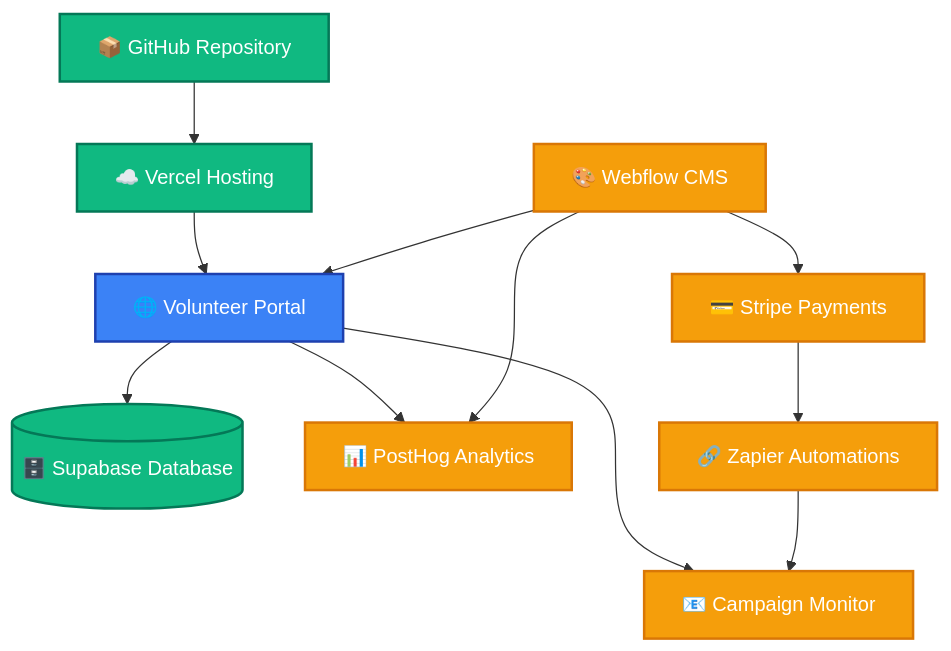
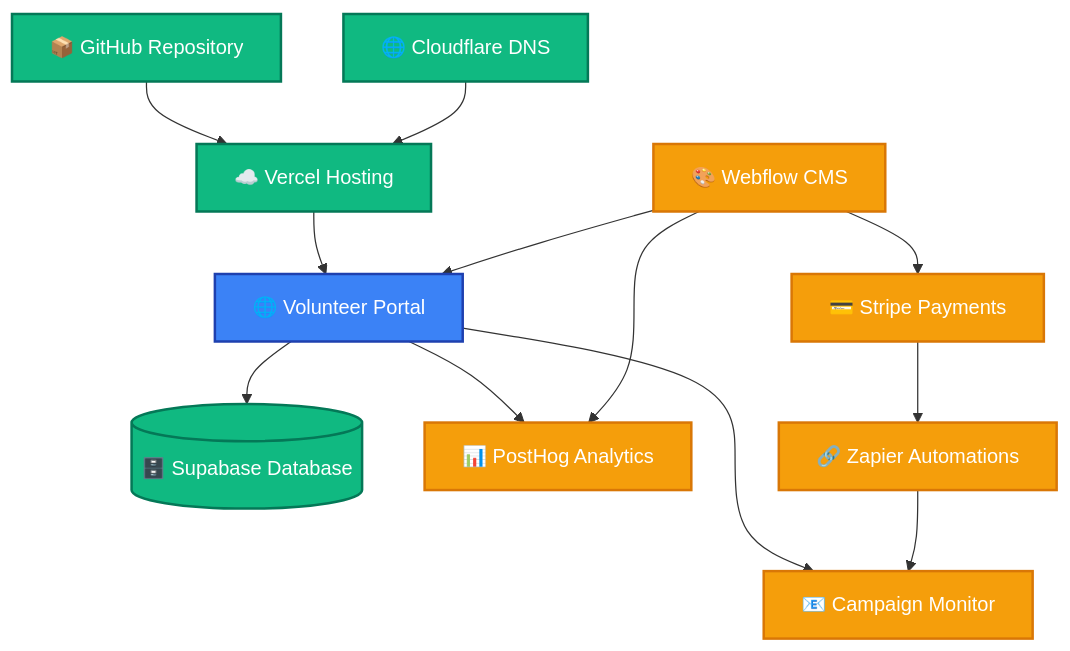
Before and after one commit to everybody-eats-nz/volunteer-portal: the diagram in docs/src/content/docs/developers/developer-access-guide.md, drawn with Mermaid. The commit also changed other lines of this file and 10 other files, not shown here.

````diff
--- a/docs/src/content/docs/developers/developer-access-guide.md
+++ b/docs/src/content/docs/developers/developer-access-guide.md
@@ -27,45 +28,47 @@
 ```mermaid
 graph TB
     %% Core Application
     Portal[🌐 Volunteer Portal]
 
     %% Development & Hosting
     GitHub[📦 GitHub Repository]
     Vercel[☁️ Vercel Hosting]
+    Cloudflare[🌐 Cloudflare DNS]
 
     %% Data & Analytics
     Supabase[(🗄️ Supabase Database)]
     PostHog[📊 PostHog Analytics]
 
     %% Content & Payments
     Webflow[🎨 Webflow CMS]
     Stripe[💳 Stripe Payments]
 
     %% Automation & Communications
     Zapier[🔗 Zapier Automations]
     CampaignMonitor[📧 Campaign Monitor]
 
     %% Connections
     Portal --> Supabase
     Portal --> PostHog
     Portal --> CampaignMonitor
 
     GitHub --> Vercel
+    Cloudflare --> Vercel
     Vercel --> Portal
 
     Webflow --> Stripe
     Webflow --> PostHog
     Stripe --> Zapier
     Zapier --> CampaignMonitor
 
     Webflow --> Portal
 
     %% Styling
     classDef primary fill:#3b82f6,stroke:#1e40af,stroke-width:2px,color:#fff
     classDef secondary fill:#10b981,stroke:#047857,stroke-width:2px,color:#fff
     classDef external fill:#f59e0b,stroke:#d97706,stroke-width:2px,color:#fff
 
     class Portal primary
-    class GitHub,Vercel,Supabase secondary
+    class GitHub,Vercel,Supabase,Cloudflare secondary
     class Webflow,Stripe,Zapier,CampaignMonitor,PostHog external
 ```
````
